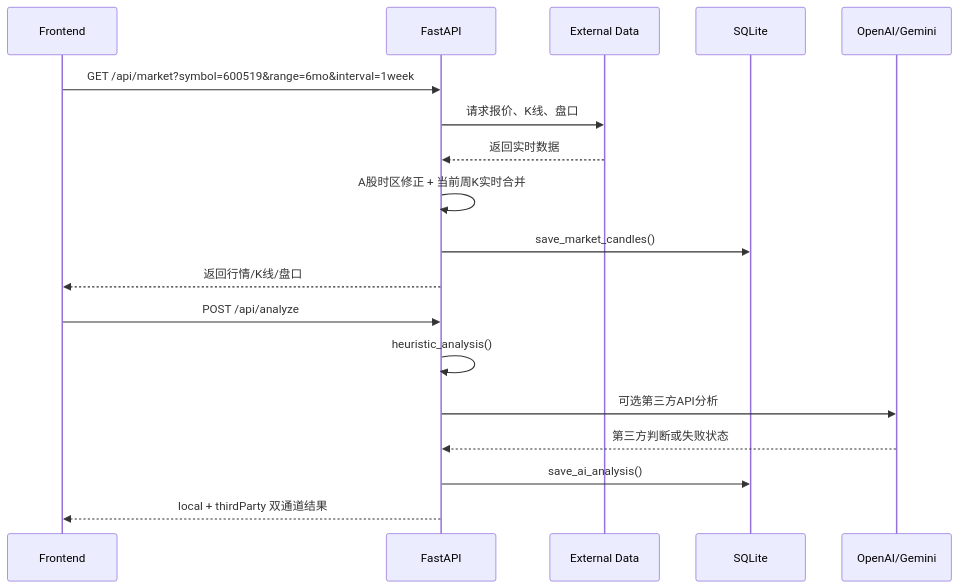
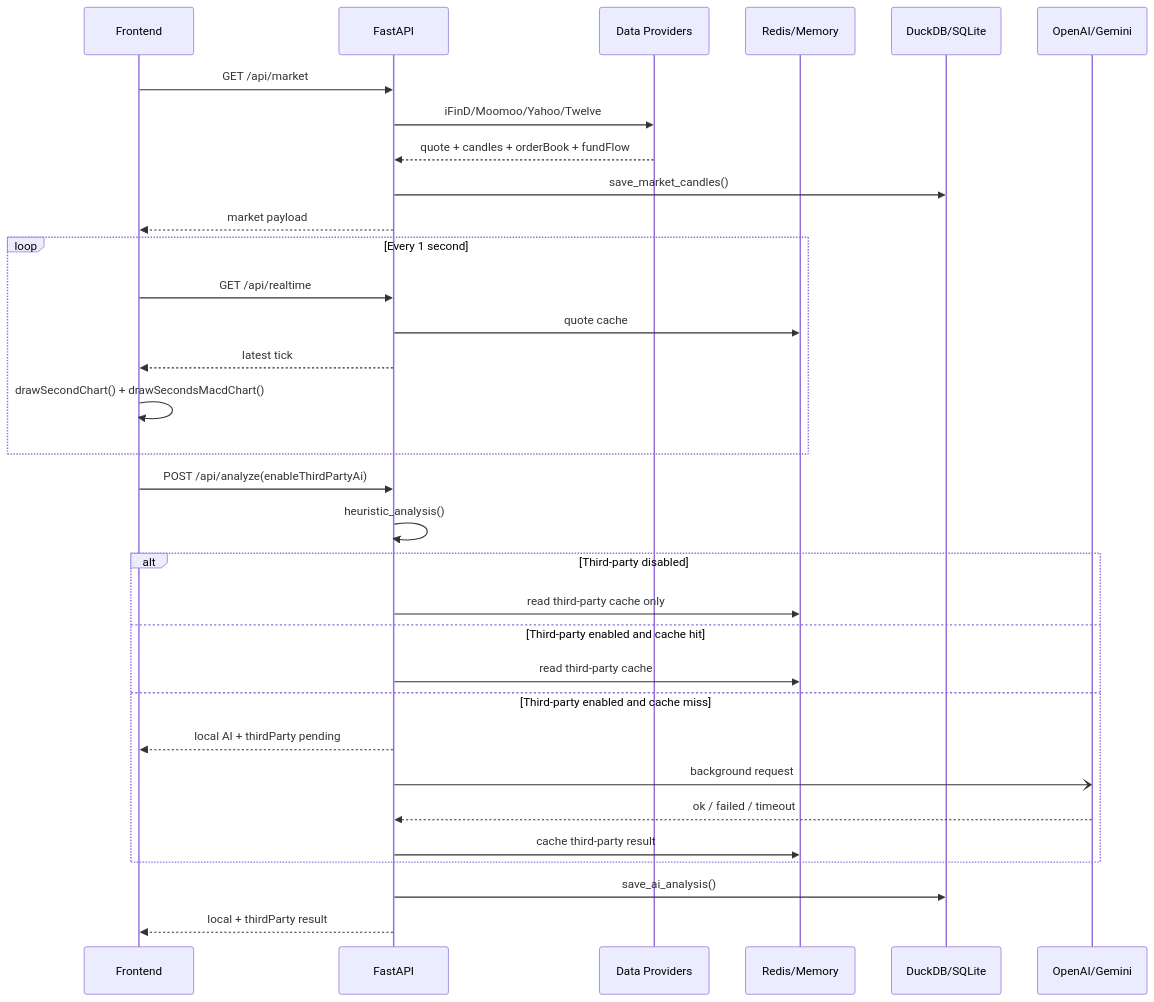
Before and after one commit to xrcloudnet/L2LLM: the fourth of 6 diagrams in docs/project_functions_uml.md, drawn with Mermaid. The commit also changed other lines of this file and 26 other files, not shown here.

````diff
--- a/docs/project_functions_uml.md
+++ b/docs/project_functions_uml.md
@@ -388,22 +555,37 @@
 ```mermaid
 sequenceDiagram
   participant UI as Frontend
   participant API as FastAPI
-  participant SRC as External Data
-  participant DB as SQLite
+  participant SRC as Data Providers
+  participant Cache as Redis/Memory
+  participant DB as DuckDB/SQLite
   participant AI as OpenAI/Gemini
 
-  UI->>API: GET /api/market?symbol=600519&range=6mo&interval=1week
-  API->>SRC: 请求报价、K线、盘口
-  SRC-->>API: 返回实时数据
-  API->>API: A股时区修正 + 当前周K实时合并
+  UI->>API: GET /api/market
+  API->>SRC: iFinD/Moomoo/Yahoo/Twelve
+  SRC-->>API: quote + candles + orderBook + fundFlow
   API->>DB: save_market_candles()
-  API-->>UI: 返回行情/K线/盘口
+  API-->>UI: market payload
 
-  UI->>API: POST /api/analyze
+  loop Every 1 second
+    UI->>API: GET /api/realtime
+    API->>Cache: quote cache
+    API-->>UI: latest tick
+    UI->>UI: drawSecondChart() + drawSecondsMacdChart()
+  end
+
+  UI->>API: POST /api/analyze(enableThirdPartyAi)
   API->>API: heuristic_analysis()
-  API->>AI: 可选第三方API分析
-  AI-->>API: 第三方判断或失败状态
+  alt Third-party disabled
+    API->>Cache: read third-party cache only
+  else Third-party enabled and cache hit
+    API->>Cache: read third-party cache
+  else Third-party enabled and cache miss
+    API-->>UI: local AI + thirdParty pending
+    API-)AI: background request
+    AI-->>API: ok / failed / timeout
+    API->>Cache: cache third-party result
+  end
   API->>DB: save_ai_analysis()
-  API-->>UI: local + thirdParty 双通道结果
+  API-->>UI: local + thirdParty result
 ```
````
